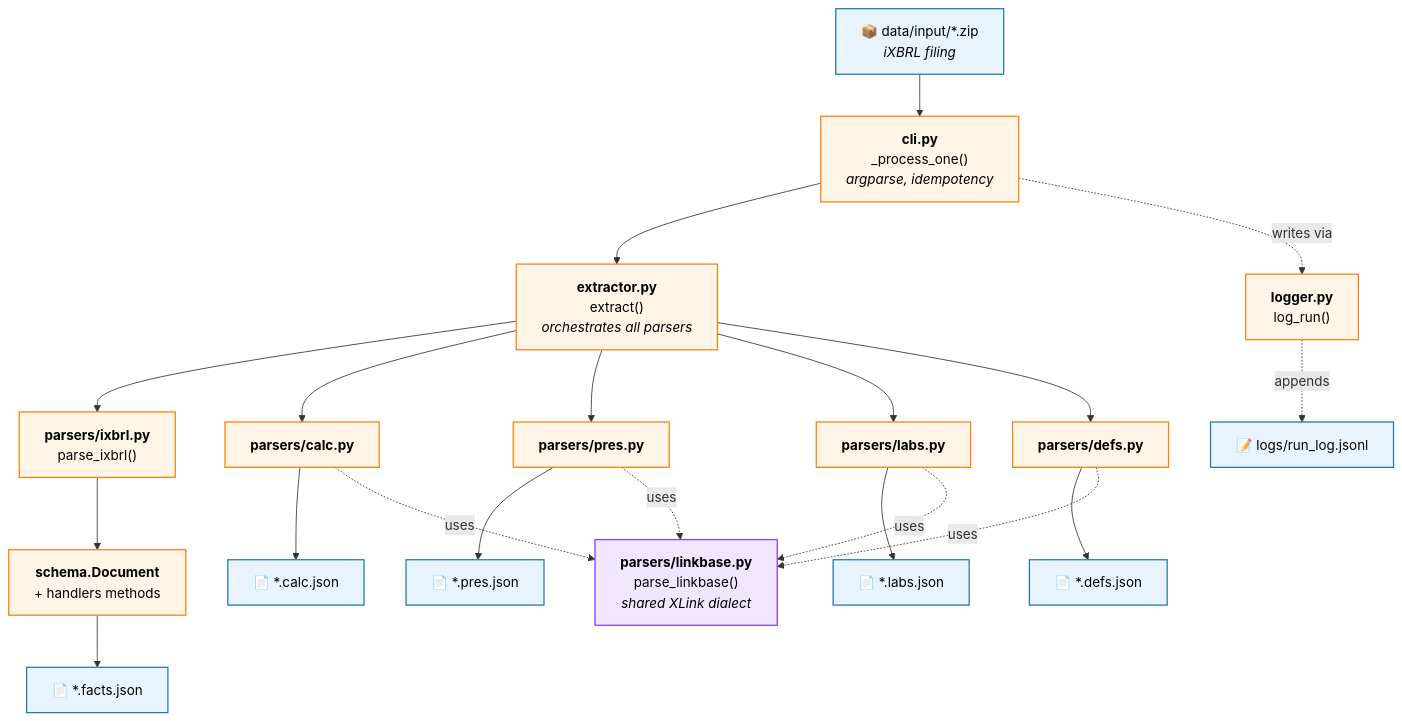
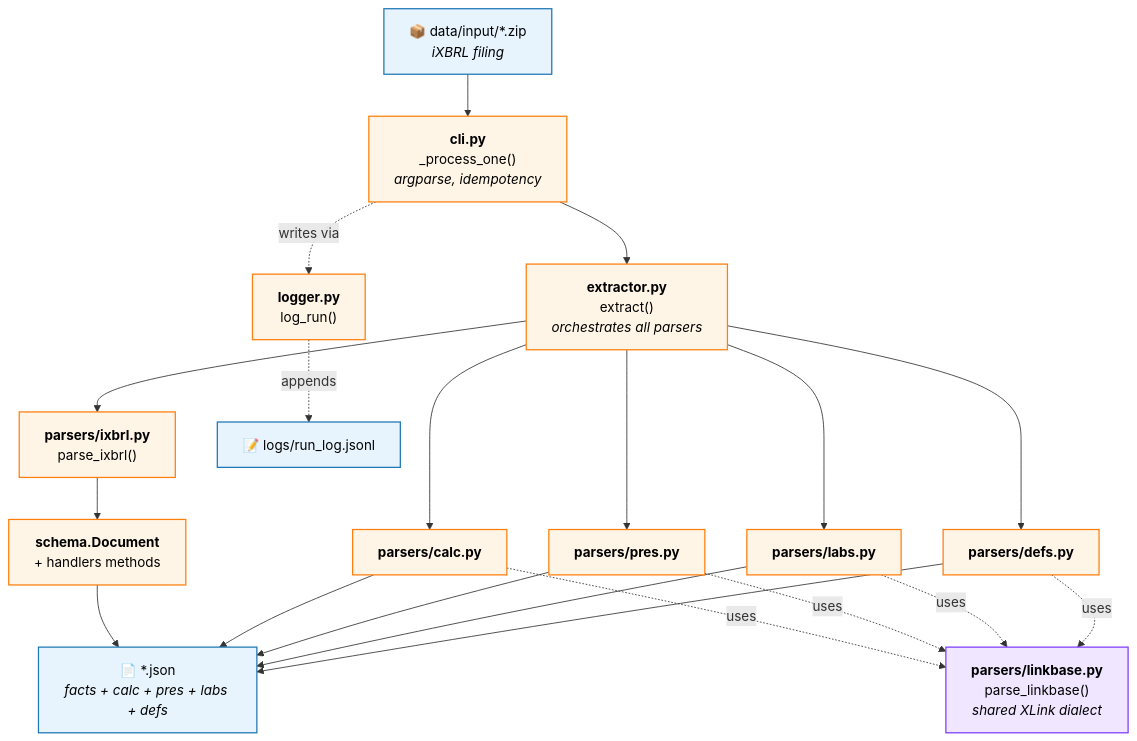
Before and after one commit to AugustinHourquet/xbrl-extraction: the diagram in README.md, drawn with Mermaid. The commit also changed other lines of this file and 10 other files, not shown here.

Commit message:
v3.0.0: merge facts, calc, labs... outputs into a single combined JSON, update API and all dependents.

````diff
--- a/README.md
+++ b/README.md
@@ -205,46 +208,47 @@
 ```mermaid
 flowchart TB
     INPUT["📦 data/input/*.zip<br/><i>iXBRL filing</i>"]
     CLI["<b>cli.py</b><br/>_process_one()<br/><i>argparse, idempotency</i>"]
     EXTRACTOR["<b>extractor.py</b><br/>extract()<br/><i>orchestrates all parsers</i>"]
 
     IXBRL["<b>parsers/ixbrl.py</b><br/>parse_ixbrl()"]
     CALC["<b>parsers/calc.py</b>"]
     PRES["<b>parsers/pres.py</b>"]
     LABS["<b>parsers/labs.py</b>"]
     DEFS["<b>parsers/defs.py</b>"]
     LB["<b>parsers/linkbase.py</b><br/>parse_linkbase()<br/><i>shared XLink dialect</i>"]
 
     SCHEMA["<b>schema.Document</b><br/>+ handlers methods"]
 
-    F["📄 *.facts.json"]
-    C["📄 *.calc.json"]
-    P["📄 *.pres.json"]
-    L["📄 *.labs.json"]
-    D["📄 *.defs.json"]
+    OUT["📄 *.json<br/><i>facts + calc + pres + labs + defs</i>"]
 
     LOGGER["<b>logger.py</b><br/>log_run()"]
     RUNLOG["📝 logs/run_log.jsonl"]
 
     INPUT --> CLI --> EXTRACTOR
-    EXTRACTOR --> IXBRL --> SCHEMA --> F
-    EXTRACTOR --> CALC --> C
-    EXTRACTOR --> PRES --> P
-    EXTRACTOR --> LABS --> L
-    EXTRACTOR --> DEFS --> D
+    EXTRACTOR --> IXBRL --> SCHEMA
+    EXTRACTOR --> CALC
+    EXTRACTOR --> PRES
+    EXTRACTOR --> LABS
+    EXTRACTOR --> DEFS
     CALC -.uses.-> LB
     PRES -.uses.-> LB
     LABS -.uses.-> LB
     DEFS -.uses.-> LB
+    SCHEMA --> OUT
+    CALC --> OUT
+    PRES --> OUT
+    LABS --> OUT
+    DEFS --> OUT
 
     CLI -.writes via.-> LOGGER
     LOGGER -.appends.-> RUNLOG
 
     classDef io fill:#e8f4fd,stroke:#1f77b4,stroke-width:1.5px,color:#000
     classDef code fill:#fff5e6,stroke:#ff7f0e,stroke-width:1.5px,color:#000
     classDef shared fill:#f0e6ff,stroke:#7e3eff,stroke-width:1.5px,color:#000
 
-    class INPUT,F,C,P,L,D,RUNLOG io
+    class INPUT,OUT,RUNLOG io
     class CLI,EXTRACTOR,IXBRL,CALC,PRES,LABS,DEFS,SCHEMA,LOGGER code
     class LB shared
 ```
````
